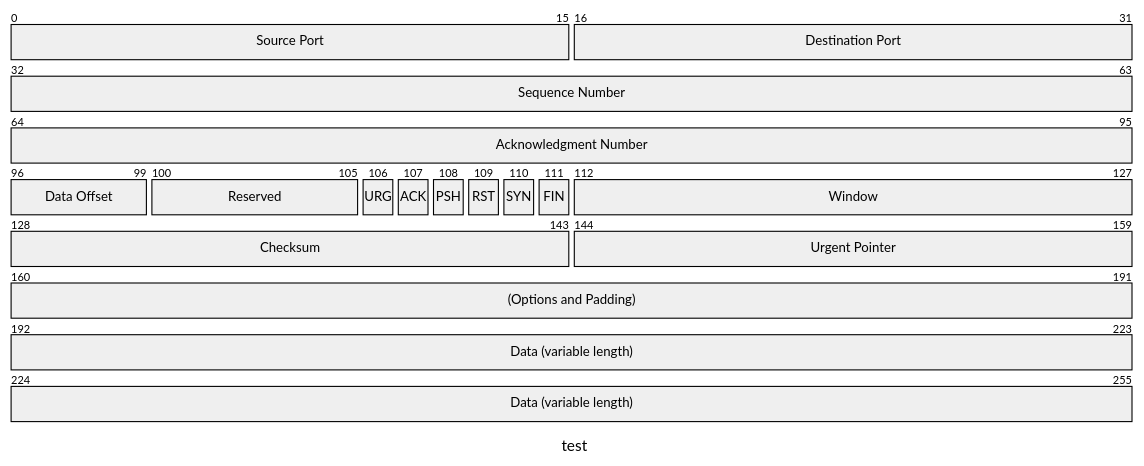
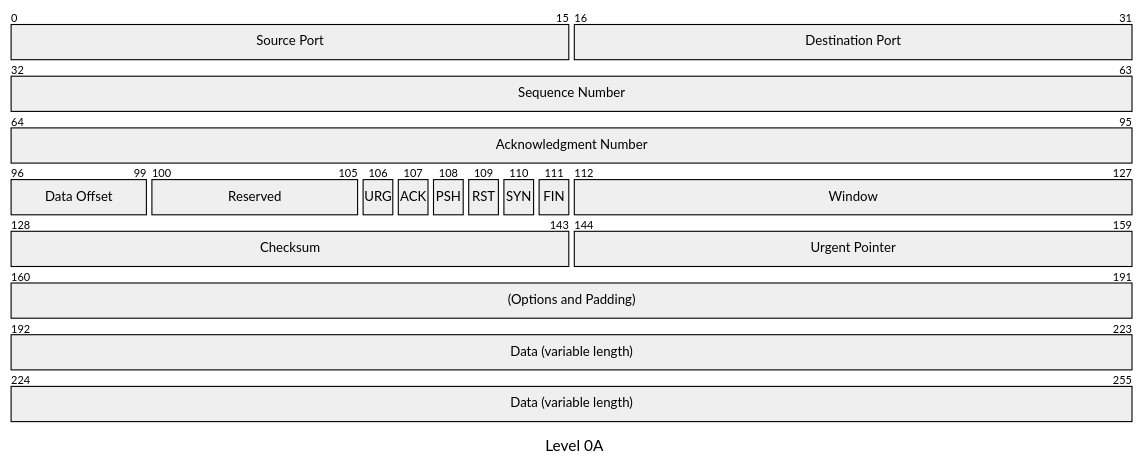
Before and after one commit to hdfeos/readthedocs-hdf5: the diagram in p.mmd, drawn with Mermaid. The commit also changed 1 other file, not shown here.

Commit message:
docs: set title for L0A diagram

```diff
--- a/p.mmd
+++ b/p.mmd
@@ -1,19 +1,19 @@
 packet-beta
-    title test
+    title Level 0A
         0-15: "Source Port"
         16-31: "Destination Port"
         32-63: "Sequence Number"
         64-95: "Acknowledgment Number"
         96-99: "Data Offset"
         100-105: "Reserved"
         106: "URG"
         107: "ACK"
         108: "PSH"
         109: "RST"
         110: "SYN"
         111: "FIN"
         112-127: "Window"
         128-143: "Checksum"
         144-159: "Urgent Pointer"
         160-191: "(Options and Padding)"
         192-255: "Data (variable length)"
```
